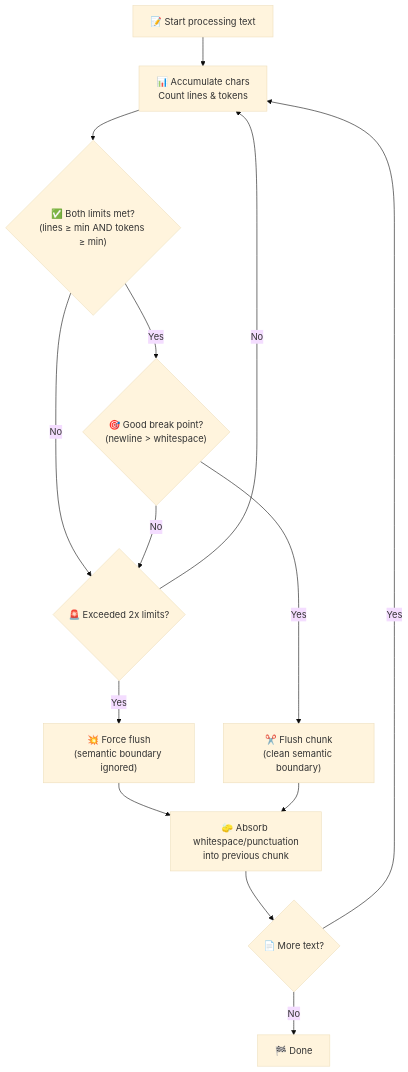
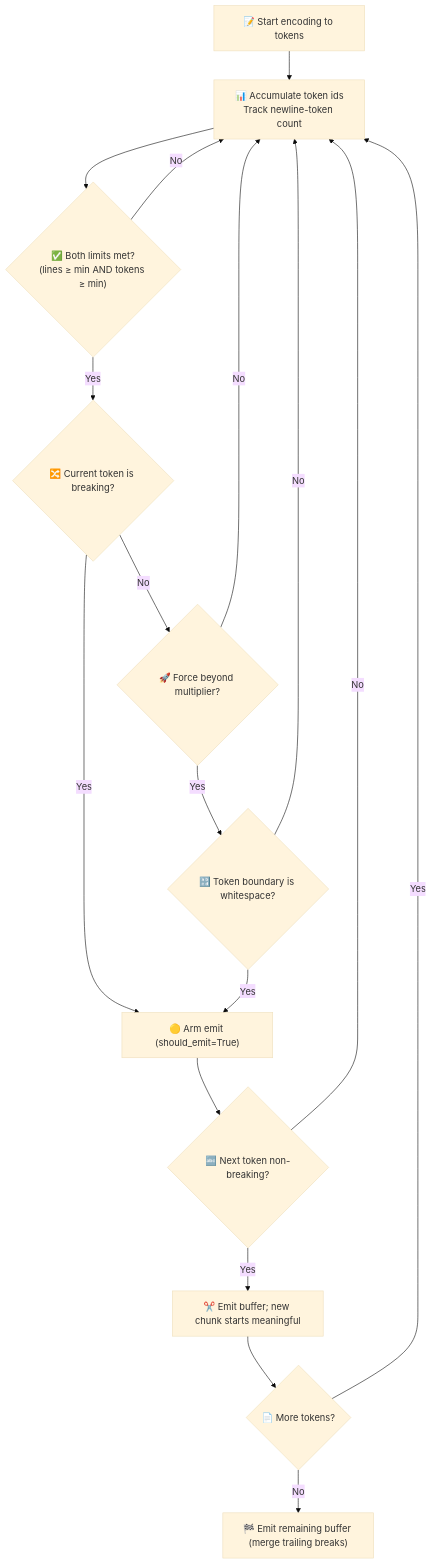
One commit to allen2c/chunkle changed the diagram in README.md. Above: the diagram before and after it, drawn with Mermaid (base theme). The commit also changed other lines of this file and 12 other files, not shown here.

First line of the commit message:
✨ feat: token-based chunking with clean starts

````diff
--- a/README.md
+++ b/README.md
@@ -29,19 +29,18 @@
 ```mermaid
 flowchart TD
-    A["📝 Start processing text"] --> B["📊 Accumulate chars<br/>Count lines & tokens"]
+    A["📝 Start encoding to tokens"] --> B["📊 Accumulate token ids<br/>Track newline-token count"]
     B --> C{"✅ Both limits met?<br/>(lines ≥ min AND tokens ≥ min)"}
-    C -->|No| D{"🚨 Exceeded 2x limits?"}
-    C -->|Yes| E{"🎯 Good break point?<br/>(newline > whitespace)"}
-
-    D -->|No| B
-    D -->|Yes| F["💥 Force flush<br/>(semantic boundary ignored)"]
-
-    E -->|No| D
-    E -->|Yes| G["✂️ Flush chunk<br/>(clean semantic boundary)"]
-
-    F --> H["🧽 Absorb whitespace/punctuation<br/>into previous chunk"]
-    G --> H
-    H --> I{"📄 More text?"}
-    I -->|Yes| B
-    I -->|No| J["🏁 Done"]
+    C -->|No| B
+    C -->|Yes| D{"🔀 Current token is breaking?"}
+    D -->|Yes| E["🟡 Arm emit (should_emit=True)"] --> F{"🔤 Next token non-breaking?"}
+    D -->|No| G{"🚀 Force beyond multiplier?"}
+    G -->|Yes| H{"🔡 Token boundary is whitespace?"}
+    H -->|Yes| E
+    H -->|No| B
+    G -->|No| B
+    F -->|Yes| I["✂️ Emit buffer; new chunk starts meaningful"]
+    F -->|No| B
+    I --> J{"📄 More tokens?"}
+    J -->|Yes| B
+    J -->|No| K["🏁 Emit remaining buffer (merge trailing breaks)"]
 ```
````
